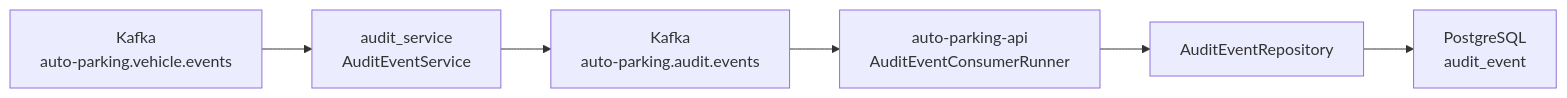
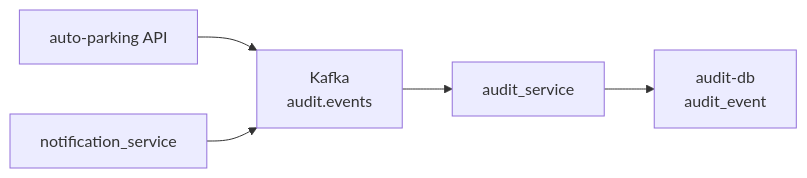
Before and after one commit to VahDunn/auto-parking: the third of 3 diagrams in project_structure.md, drawn with Mermaid. The commit also changed other lines of this file and 51 other files, not shown here.

````diff
--- a/project_structure.md
+++ b/project_structure.md
@@ -169,8 +199,7 @@
 ```mermaid
 flowchart LR
-    VehicleTopic["Kafka<br/>auto-parking.vehicle.events"] --> AuditSvc["audit_service<br/>AuditEventService"]
-    AuditSvc --> AuditTopic["Kafka<br/>auto-parking.audit.events"]
-    AuditTopic --> ApiAuditConsumer["auto-parking-api<br/>AuditEventConsumerRunner"]
-    ApiAuditConsumer --> AuditRepo["AuditEventRepository"]
-    AuditRepo --> Postgres["PostgreSQL<br/>audit_event"]
+    Api["auto-parking API"] --> AuditTopic["Kafka<br/>audit.events"]
+    Notification["notification_service"] --> AuditTopic
+    AuditTopic --> AuditService["audit_service"]
+    AuditService --> AuditDb["audit-db<br/>audit_event"]
 ```
````
